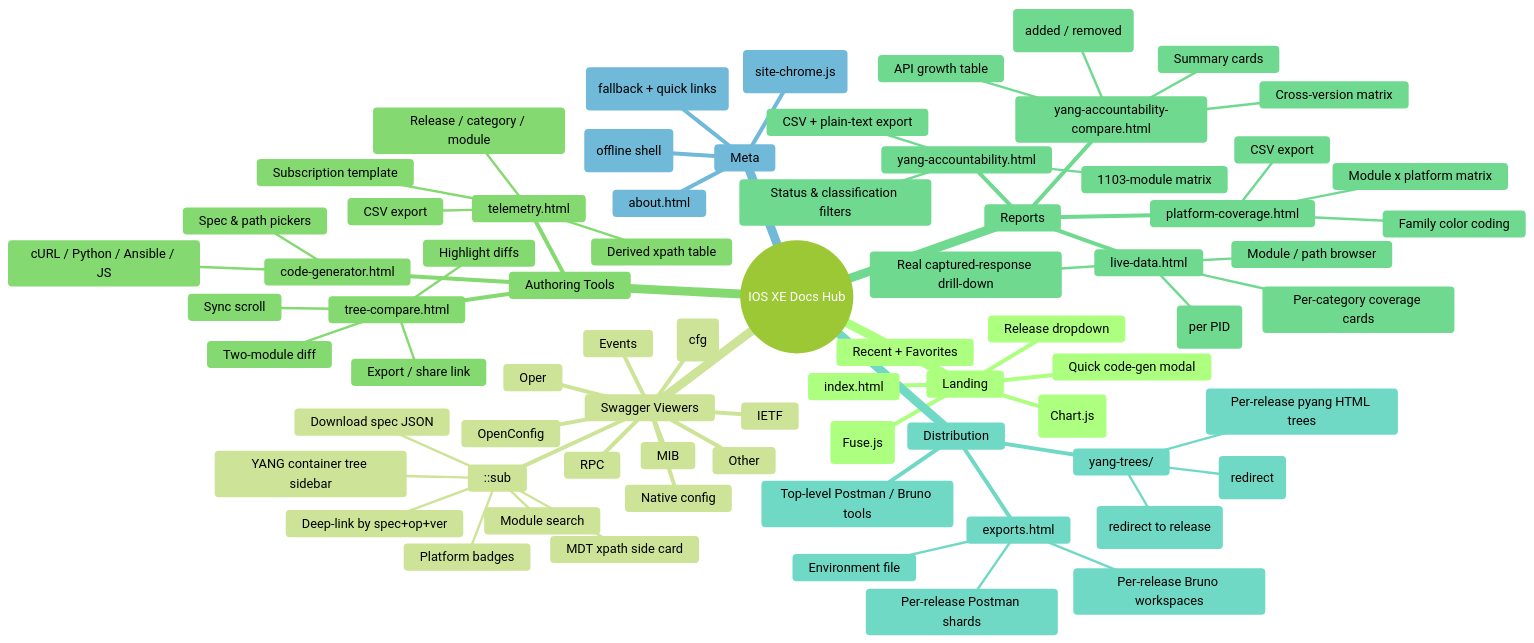
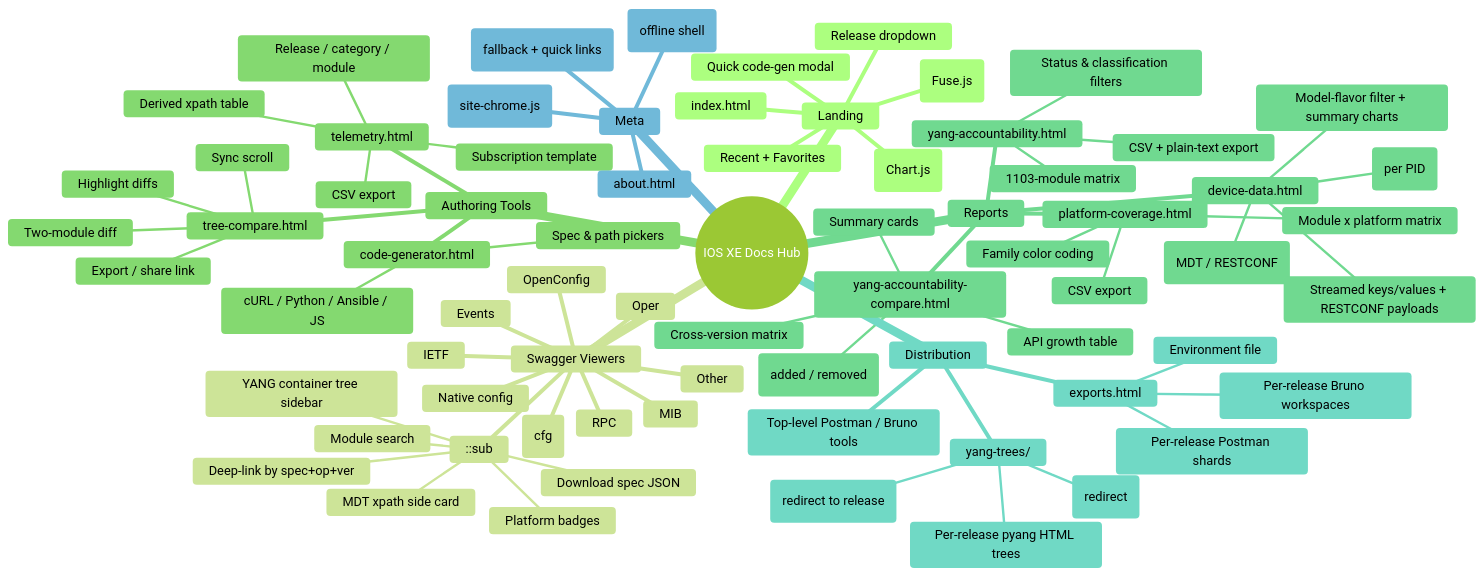
The diagram in APP_MAP.md (jeremycohoe/cisco-ios-xe-openapi-swagger), drawn with Mermaid (forest theme) before and after one commit. The commit also changed other lines of this file and 9 other files, not shown here.

First line of the commit message:
docs: update for unified Device Data page (MDT + RESTCONF)

````diff
--- a/APP_MAP.md
+++ b/APP_MAP.md
@@ -40,76 +40,76 @@
 ```mermaid
 mindmap
   root((IOS XE Docs Hub))
     Landing
       index.html
       Universal Search (Fuse.js)
       Stats Dashboard (Chart.js)
       Recent + Favorites
       Quick code-gen modal
       Release dropdown
     Swagger Viewers
       Oper
       Config (cfg)
       Native config
       OpenConfig
       IETF
       MIB
       RPC
       Events
       Other
       ::sub
         YANG container tree sidebar
         Module search
         Download spec JSON
         Platform badges
         MDT xpath side card
         Deep-link by spec+op+ver
     Authoring Tools
       code-generator.html
         cURL / Python / Ansible / JS
         Spec & path pickers
       telemetry.html
         Release / category / module
         Derived xpath table
         Subscription template
         CSV export
       tree-compare.html
         Two-module diff
         Sync scroll
         Highlight diffs
         Export / share link
     Reports
       yang-accountability.html
         1103-module matrix
         Status & classification filters
         CSV + plain-text export
       yang-accountability-compare.html
         Cross-version matrix
         Summary cards
         API growth table
         Deltas (added / removed)
       platform-coverage.html
         Module x platform matrix
         Family color coding
         CSV export
-      live-data.html
+      device-data.html
+        Transport selector (MDT / RESTCONF)
         Device platform tabs (per PID)
-        Per-category coverage cards
-        Module / path browser
-        Real captured-response drill-down
+        Model-flavor filter + summary charts
+        Streamed keys/values + RESTCONF payloads
     Distribution
       exports.html
         Per-release Postman shards
         Per-release Bruno workspaces
         Environment file
       Top-level Postman / Bruno tools
       yang-trees/
         index.html (redirect to release)
         mib-trees-index.html (redirect)
         Per-release pyang HTML trees
     Meta
       about.html
       404.html (fallback + quick links)
       Service worker (offline shell)
       Dark mode (site-chrome.js)
 ```
````
